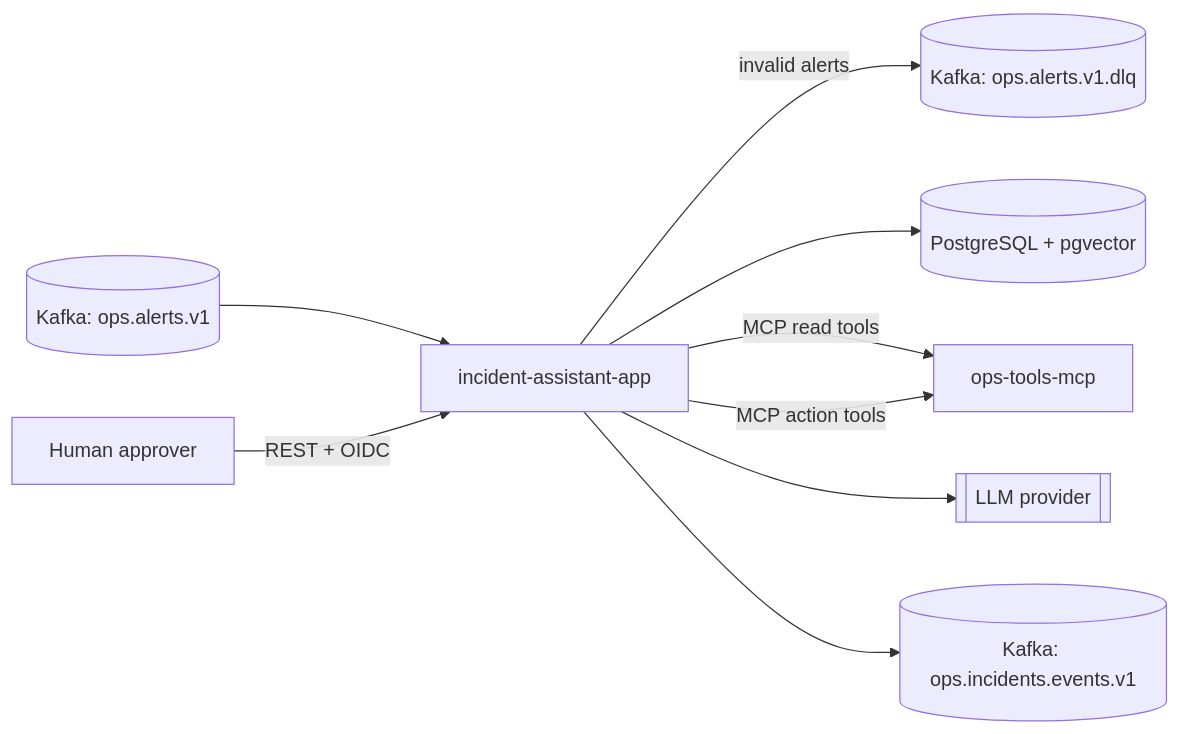
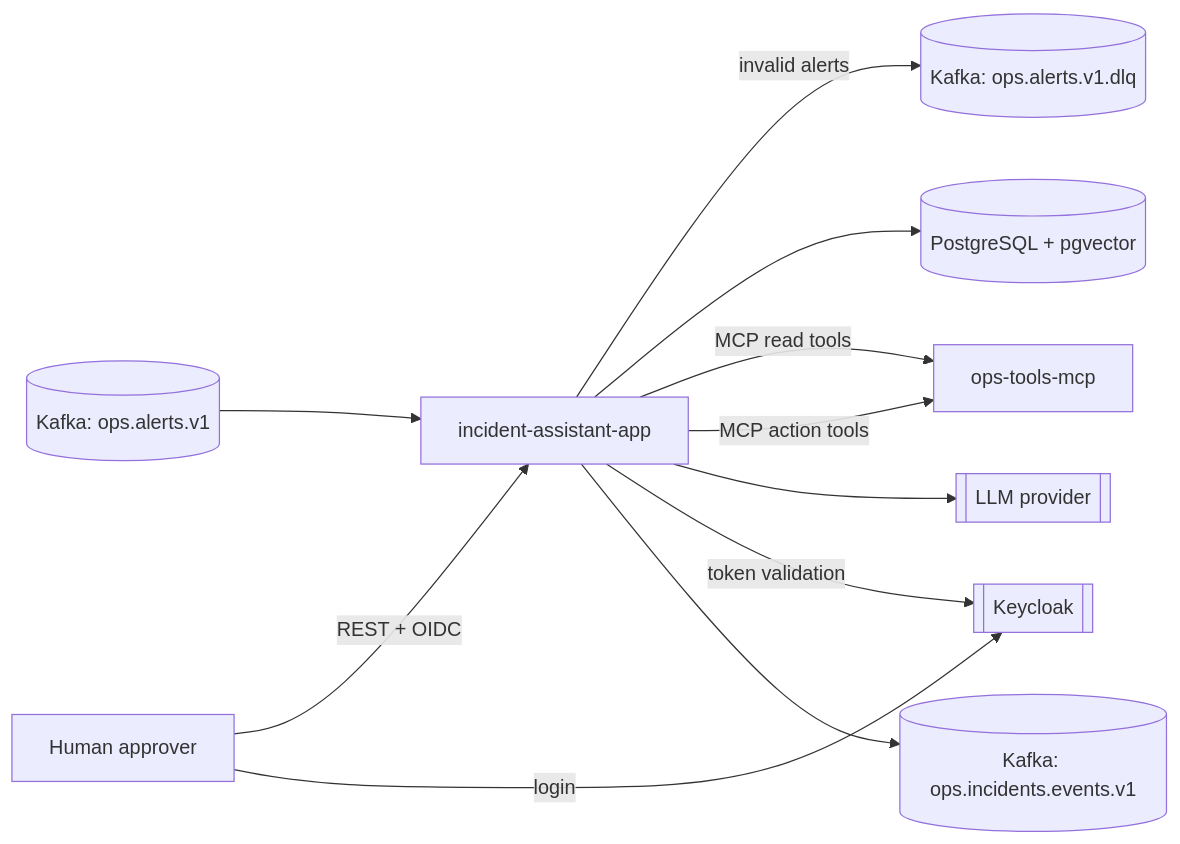
One commit to miro-farkas/incident-assistant changed the first of 2 diagrams in docs/architecture.md. Above: the diagram before and after it, drawn with Mermaid. The commit also changed 47 other files, not shown here.

````diff
--- a/docs/architecture.md
+++ b/docs/architecture.md
@@ -5,11 +5,13 @@
 ```mermaid
 flowchart LR
     K[(Kafka: ops.alerts.v1)] --> APP[incident-assistant-app]
     APP -- invalid alerts --> KD[(Kafka: ops.alerts.v1.dlq)]
     APP --> PG[(PostgreSQL + pgvector)]
     APP -- MCP read tools --> MCP[ops-tools-mcp]
     APP -- MCP action tools --> MCP
     APP --> LLM[[LLM provider]]
     H[Human approver] -- REST + OIDC --> APP
+    H -- login --> KC[[Keycloak]]
+    APP -- token validation --> KC
     APP --> KO[(Kafka: ops.incidents.events.v1)]
 ```
````
